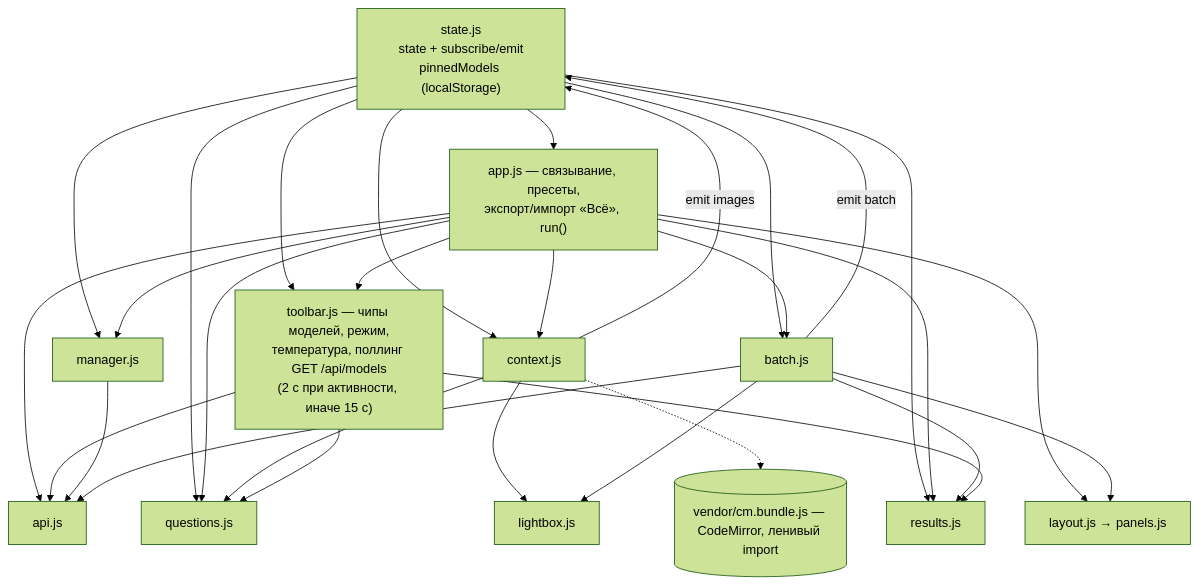
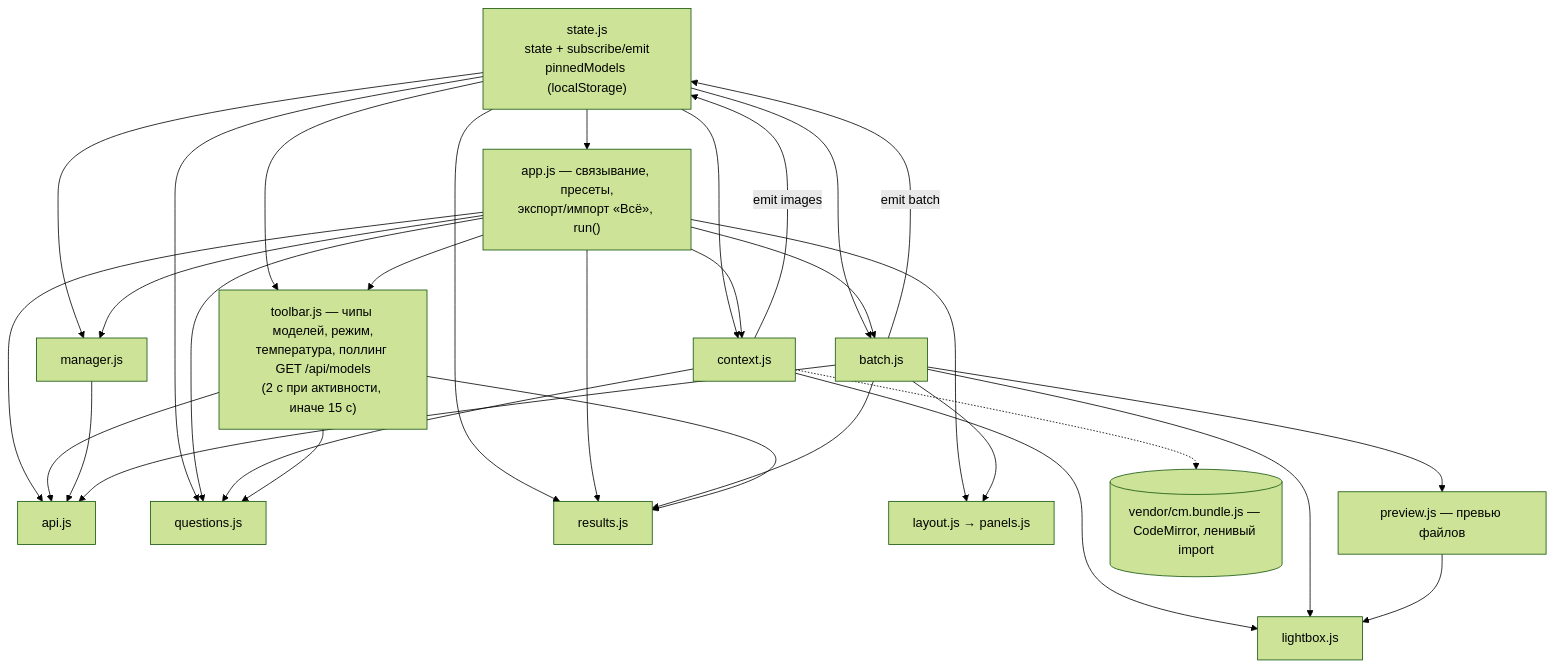
The fourth of 5 diagrams in ARCHITECTURE.md (chkalofff/decision-qa), drawn with Mermaid (forest theme) before and after one commit. The commit also changed other lines of this file and 4 other files, not shown here.

Commit message:
feat(ui): превью текстовых файлов в батче (hover/overlay/fullscreen)

````diff
--- a/ARCHITECTURE.md
+++ b/ARCHITECTURE.md
@@ -217,44 +218,47 @@
 ```mermaid
 graph TD
     STATE["state.js<br/>state + subscribe/emit<br/>pinnedModels (localStorage)"]
     APIJS[api.js]
     APP["app.js — связывание, пресеты,<br/>экспорт/импорт «Всё», run()"]
     TB["toolbar.js — чипы моделей, режим,<br/>температура, поллинг GET /api/models<br/>(2 с при активности, иначе 15 с)"]
     QM[questions.js]
     CTX[context.js]
     RES[results.js]
     BATCH[batch.js]
     MGR[manager.js]
     LAY["layout.js → panels.js"]
     LB[lightbox.js]
+    PV[preview.js — превью файлов]
     CM[("vendor/cm.bundle.js — CodeMirror, ленивый import")]
 
     STATE --> APP
     STATE --> TB
     STATE --> QM
     STATE --> CTX
     STATE --> RES
     STATE --> BATCH
     STATE --> MGR
     APP --> APIJS
     TB --> APIJS
     MGR --> APIJS
     BATCH --> APIJS
     APP --> QM
     APP --> CTX
     APP --> RES
     APP --> BATCH
     APP --> TB
     APP --> LAY
     APP --> MGR
     CTX --> QM
     CTX --> LB
     CTX -.-> CM
     BATCH --> RES
     BATCH --> LAY
     BATCH --> LB
+    BATCH --> PV
+    PV --> LB
     TB --> QM
     TB --> RES
     CTX -->|emit images| STATE
     BATCH -->|emit batch| STATE
 ```
````
